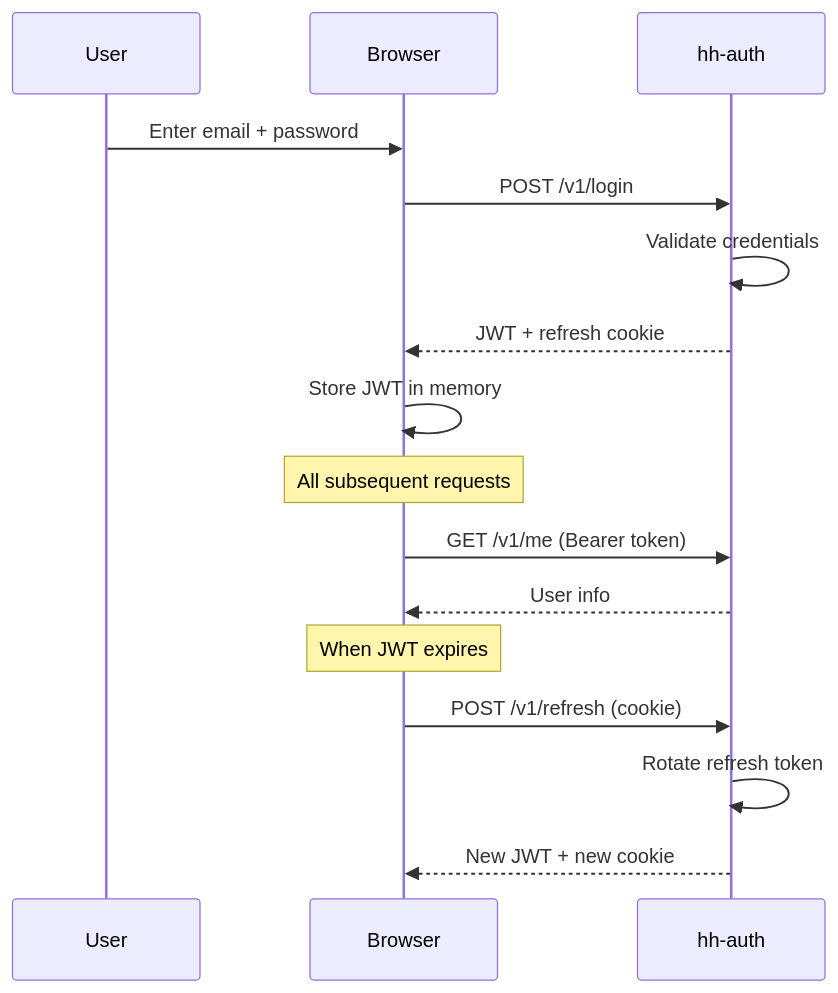
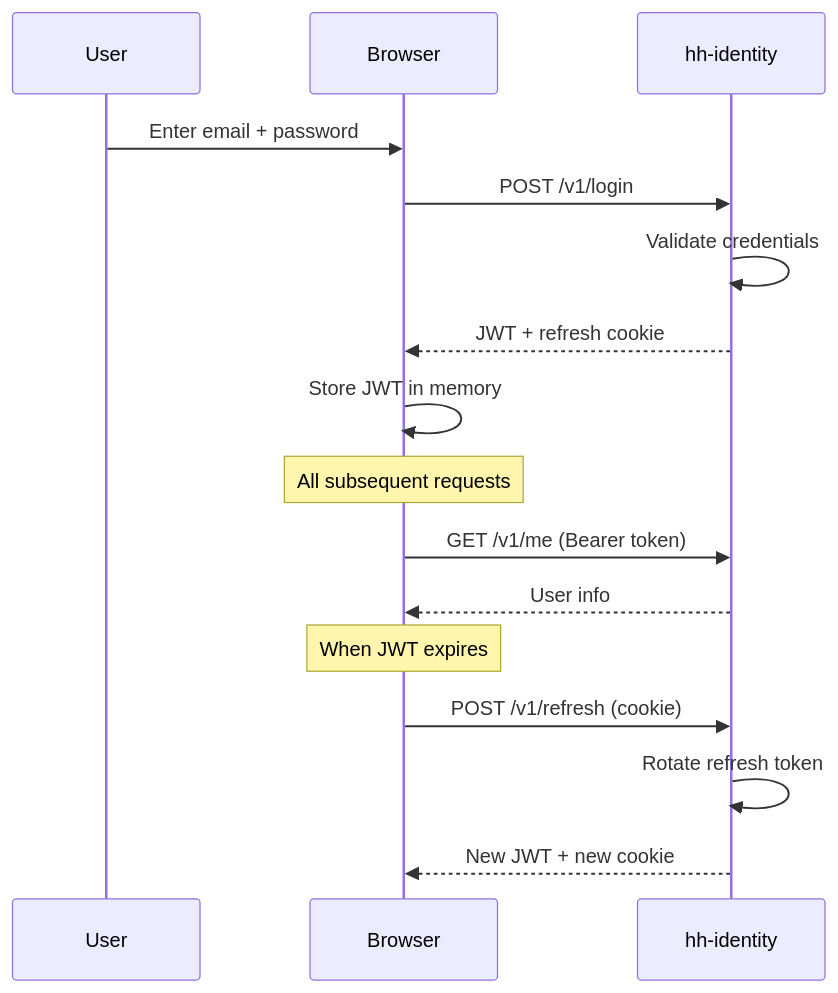
One commit to tiagorocha94/hh-docs changed the diagram in docs/features/auth.md. Above: the diagram before and after it, drawn with Mermaid. The commit also changed 9 other files, not shown here.

First line of the commit message:
docs: replace hh-auth + hh-users with hh-identity across all pages

````diff
--- a/docs/features/auth.md
+++ b/docs/features/auth.md
@@ -8,21 +8,21 @@
 ```mermaid
 sequenceDiagram
     participant U as User
     participant FE as Browser
-    participant A as hh-auth
+    participant A as hh-identity
 
     U->>FE: Enter email + password
     FE->>A: POST /v1/login
     A->>A: Validate credentials
     A-->>FE: JWT + refresh cookie
     FE->>FE: Store JWT in memory
 
     Note over FE: All subsequent requests
     FE->>A: GET /v1/me (Bearer token)
     A-->>FE: User info
 
     Note over FE: When JWT expires
     FE->>A: POST /v1/refresh (cookie)
     A->>A: Rotate refresh token
     A-->>FE: New JWT + new cookie
 ```
````
